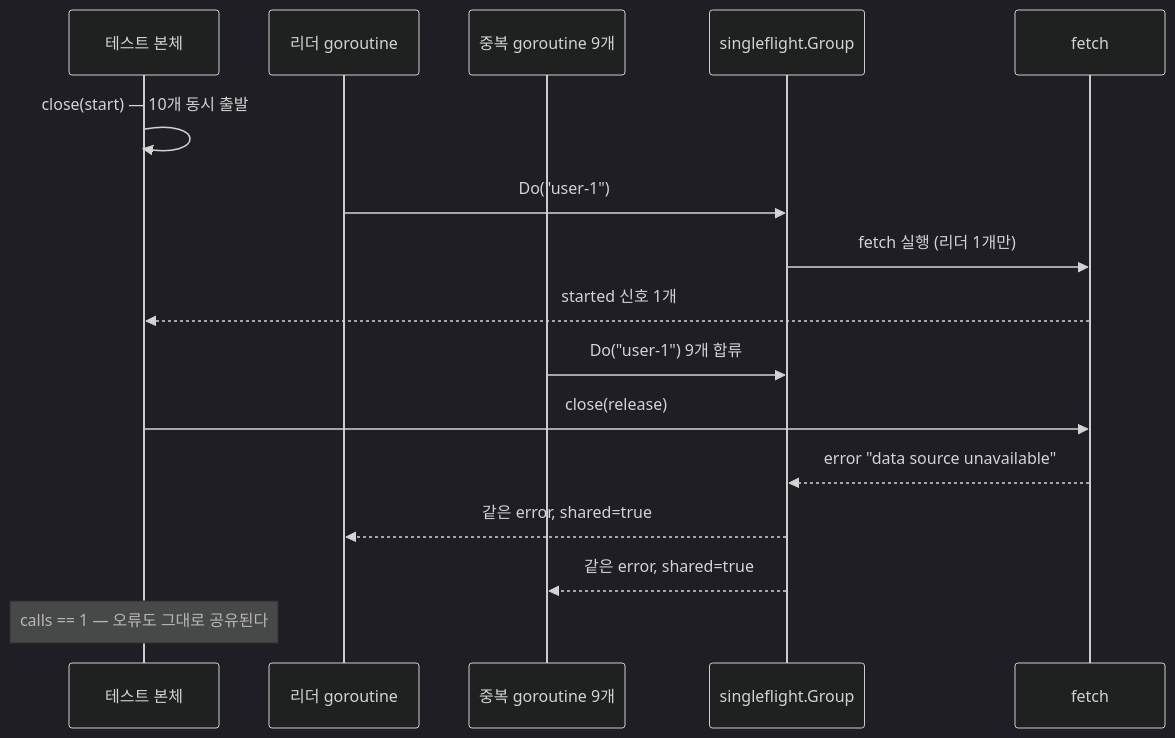
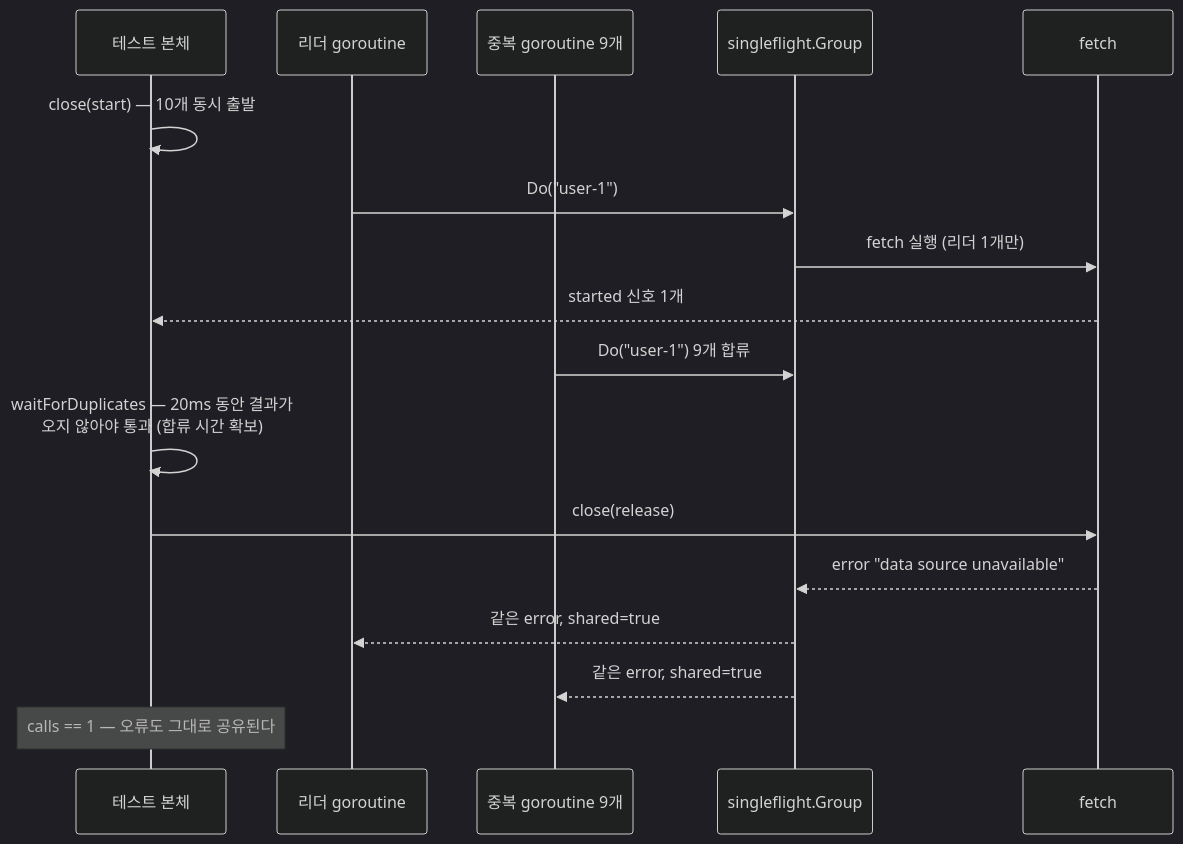
Before and after one commit to kenshin579/tutorials-go: the sixth of 6 diagrams in golang/singleflight/README.md, drawn with Mermaid (dark theme).

Commit message:
docs: 오류 공유 테스트 다이어그램에 waitForDuplicates 단계 추가
동시 호출자 오류 공유 테스트도 중복 goroutine 합류를 기다린 뒤 release
하므로, 같은 key 합류 테스트와 동일하게 해당 단계를 표시한다.

````diff
--- a/golang/singleflight/README.md
+++ b/golang/singleflight/README.md
@@ -208,19 +208,20 @@
 ```mermaid
 sequenceDiagram
     participant T as 테스트 본체
     participant L as 리더 goroutine
     participant D as 중복 goroutine 9개
     participant SF as singleflight.Group
     participant F as fetch
 
     T->>T: close(start) — 10개 동시 출발
     L->>SF: Do("user-1")
     SF->>F: fetch 실행 (리더 1개만)
     F-->>T: started 신호 1개
     D->>SF: Do("user-1") 9개 합류
+    T->>T: waitForDuplicates — 20ms 동안 결과가<br/>오지 않아야 통과 (합류 시간 확보)
     T->>F: close(release)
     F-->>SF: error "data source unavailable"
     SF-->>L: 같은 error, shared=true
     SF-->>D: 같은 error, shared=true
     Note over T: calls == 1 — 오류도 그대로 공유된다
 ```
````
